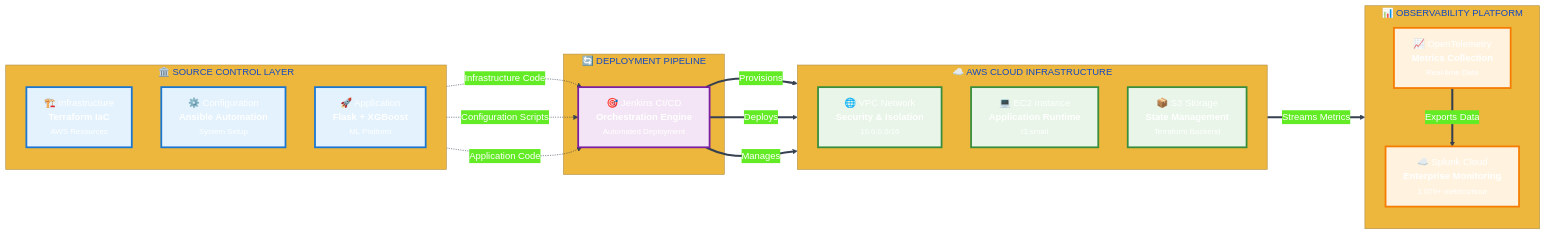
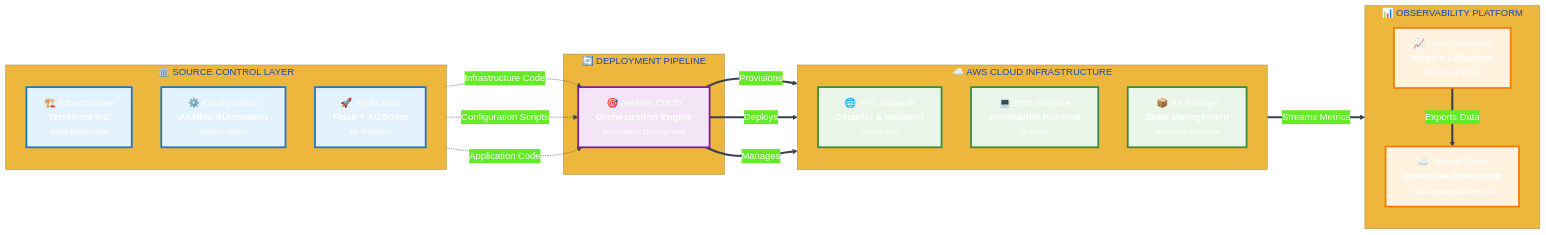
One commit to andreaendigital/CarPricePredictor-Demo changed the second of 8 diagrams in docs/jenkins/DOCUMENTATION_FOR_EXPO.md. Above: the diagram before and after it, drawn with Mermaid. The commit also changed other lines of this file and 3 other files, not shown here.

````diff
--- a/docs/jenkins/DOCUMENTATION_FOR_EXPO.md
+++ b/docs/jenkins/DOCUMENTATION_FOR_EXPO.md
@@ -55,49 +58,49 @@
     ```mermaid
     %%{init: {'theme': 'base', 'themeVariables': {'primaryColor': '#2563eb', 'primaryTextColor': '#ffffff', 'lineColor': '#374151'}}}%%
 
     flowchart LR
         subgraph SC ["🏛️ SOURCE CONTROL LAYER"]
             direction TB
             A["🏗️ Infrastructure<br/><b>Terraform IaC</b><br/><small>AWS Resources</small>"]
             B["⚙️ Configuration<br/><b>Ansible Automation</b><br/><small>System Setup</small>"]
             C["🚀 Application<br/><b>Flask + XGBoost</b><br/><small>ML Platform</small>"]
         end
 
         subgraph DP ["🔄 DEPLOYMENT PIPELINE"]
             D["🎯 Jenkins CI/CD<br/><b>Orchestration Engine</b><br/><small>Automated Deployment</small>"]
         end
 
         subgraph AWS ["☁️ AWS CLOUD INFRASTRUCTURE"]
             direction TB
             E["🌐 VPC Network<br/><b>Security & Isolation</b><br/><small>10.0.0.0/16</small>"]
             F["💻 EC2 Instance<br/><b>Application Runtime</b><br/><small>t3.small</small>"]
             G["📦 S3 Storage<br/><b>State Management</b><br/><small>Terraform Backend</small>"]
         end
 
         subgraph OBS ["📊 OBSERVABILITY PLATFORM"]
             direction TB
             H["📈 OpenTelemetry<br/><b>Metrics Collection</b><br/><small>Real-time Data</small>"]
-            I["☁️ Splunk Cloud<br/><b>Enterprise Monitoring</b><br/><small>1,070+ metrics/hour</small>"]
+            I["☁️ Splunk Cloud<br/><b>Enterprise Monitoring</b><br/><small>High-frequency metrics</small>"]
         end
 
         A -.->|"Infrastructure Code"| D
         B -.->|"Configuration Scripts"| D
         C -.->|"Application Code"| D
 
         D ==>|"Provisions"| E
         D ==>|"Deploys"| F
         D ==>|"Manages"| G
 
         F ==>|"Streams Metrics"| H
         H ==>|"Exports Data"| I
 
         classDef sourceControl fill:#e3f2fd,stroke:#1976d2,stroke-width:3px
         classDef deployment fill:#f3e5f5,stroke:#7b1fa2,stroke-width:3px
         classDef aws fill:#e8f5e8,stroke:#388e3c,stroke-width:3px
         classDef observability fill:#fff3e0,stroke:#f57c00,stroke-width:3px
 
         class A,B,C sourceControl
         class D deployment
         class E,F,G aws
         class H,I observability
     ```
````
